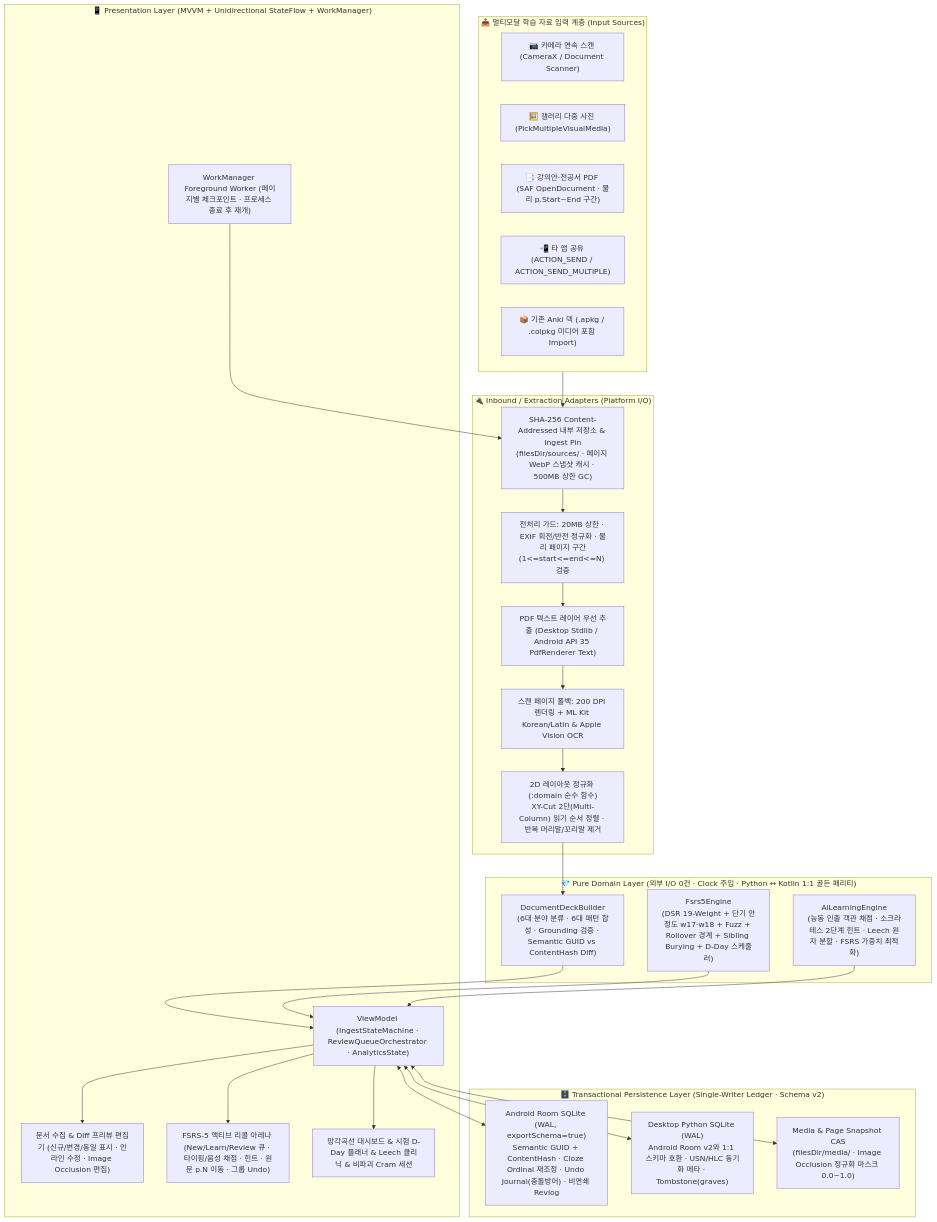
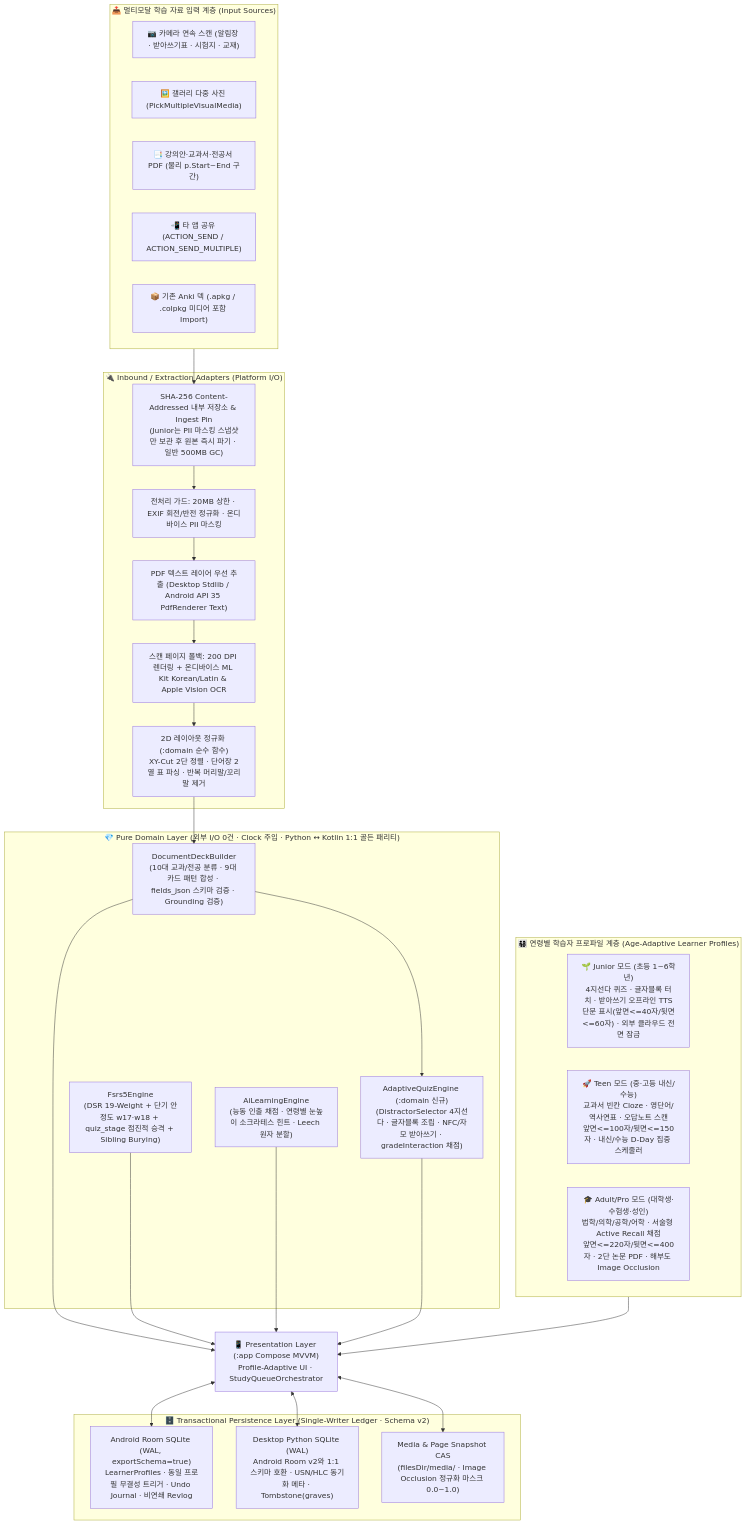
Before and after one commit to ssacho3-blip/BrainDeck: the diagram in docs/ARCHITECTURE_AND_FEATURE_BLUEPRINT.md, drawn with Mermaid. The commit also changed other lines of this file, not shown here.

Commit message:
docs(blueprint): upgrade master blueprint to v2.2 Final for All-Ages (Junior/Teen/Adult)

````diff
--- a/docs/ARCHITECTURE_AND_FEATURE_BLUEPRINT.md
+++ b/docs/ARCHITECTURE_AND_FEATURE_BLUEPRINT.md
@@ -12,46 +12,43 @@
 ```mermaid
 flowchart TB
+    subgraph Profiles["👨‍👩‍👧‍👦 연령별 학습자 프로파일 계층 (Age-Adaptive Learner Profiles)"]
+        P_JR["🌱 Junior 모드 (초등 1~6학년)\n4지선다 퀴즈 · 글자블록 터치 · 받아쓰기 오프라인 TTS\n단문 표시(앞면<=40자/뒷면<=60자) · 외부 클라우드 전면 잠금"]
+        P_TN["🚀 Teen 모드 (중·고등 내신/수능)\n교과서 빈칸 Cloze · 영단어/역사연표 · 오답노트 스캔\n앞면<=100자/뒷면<=150자 · 내신/수능 D-Day 집중 스케줄러"]
+        P_AD["🎓 Adult/Pro 모드 (대학생·수험생·성인)\n법학/의학/공학/어학 · 서술형 Active Recall 채점\n앞면<=220자/뒷면<=400자 · 2단 논문 PDF · 해부도 Image Occlusion"]
+    end
+
     subgraph Inputs["📥 멀티모달 학습 자료 입력 계층 (Input Sources)"]
-        CAM["📷 카메라 연속 스캔 (CameraX / Document Scanner)"]
+        CAM["📷 카메라 연속 스캔 (알림장 · 받아쓰기표 · 시험지 · 교재)"]
         GAL["🖼️ 갤러리 다중 사진 (PickMultipleVisualMedia)"]
-        PDF["📑 강의안·전공서 PDF (SAF OpenDocument · 물리 p.Start~End 구간)"]
+        PDF["📑 강의안·교과서·전공서 PDF (물리 p.Start~End 구간)"]
         SHARE["📲 타 앱 공유 (ACTION_SEND / ACTION_SEND_MULTIPLE)"]
         APKG["📦 기존 Anki 덱 (.apkg / .colpkg 미디어 포함 Import)"]
     end
 
     subgraph Adapters_In["🔌 Inbound / Extraction Adapters (Platform I/O)"]
-        CAS["SHA-256 Content-Addressed 내부 저장소 & Ingest Pin\n(filesDir/sources/<sha256> · 페이지 WebP 스냅샷 캐시 · 500MB 상한 GC)"]
-        PRE["전처리 가드: 20MB 상한 · EXIF 회전/반전 정규화 · 물리 페이지 구간(1<=start<=end<=N) 검증"]
+        CAS["SHA-256 Content-Addressed 내부 저장소 & Ingest Pin\n(Junior는 PII 마스킹 스냅샷만 보관 후 원본 즉시 파기 · 일반 500MB GC)"]
+        PRE["전처리 가드: 20MB 상한 · EXIF 회전/반전 정규화 · 온디바이스 PII 마스킹"]
         TEXT_FIRST["PDF 텍스트 레이어 우선 추출 (Desktop Stdlib / Android API 35 PdfRenderer Text)"]
-        OCR_FALLBACK["스캔 페이지 폴백: 200 DPI 렌더링 + ML Kit Korean/Latin & Apple Vision OCR"]
-        LAYOUT["2D 레이아웃 정규화 (:domain 순수 함수)\nXY-Cut 2단(Multi-Column) 읽기 순서 정렬 · 반복 머리말/꼬리말 제거"]
+        OCR_FALLBACK["스캔 페이지 폴백: 200 DPI 렌더링 + 온디바이스 ML Kit Korean/Latin & Apple Vision OCR"]
+        LAYOUT["2D 레이아웃 정규화 (:domain 순수 함수)\nXY-Cut 2단 정렬 · 단어장 2열 표 파싱 · 반복 머리말/꼬리말 제거"]
     end
 
     subgraph Pure_Domain["💎 Pure Domain Layer (외부 I/O 0건 · Clock 주입 · Python ↔ Kotlin 1:1 골든 패리티)"]
-        DDB["DocumentDeckBuilder\n(6대 분야 분류 · 6대 패턴 합성 · Grounding 검증 · Semantic GUID vs ContentHash Diff)"]
-        FSRS["Fsrs5Engine\n(DSR 19-Weight + 단기 안정도 w17·w18 + Fuzz + Rollover 경계 + Sibling Burying + D-Day 스케줄러)"]
-        AI_DOM["AiLearningEngine\n(능동 인출 객관 채점 · 소크라테스 2단계 힌트 · Leech 원자 분할 · FSRS 가중치 최적화)"]
+        DDB["DocumentDeckBuilder\n(10대 교과/전공 분류 · 9대 카드 패턴 합성 · fields_json 스키마 검증 · Grounding 검증)"]
+        QUIZ["AdaptiveQuizEngine (:domain 신규)\n(DistractorSelector 4지선다 · 글자블록 조립 · NFC/자모 받아쓰기 · gradeInteraction 채점)"]
+        FSRS["Fsrs5Engine\n(DSR 19-Weight + 단기 안정도 w17·w18 + quiz_stage 점진적 승격 + Sibling Burying)"]
+        AI_DOM["AiLearningEngine\n(능동 인출 채점 · 연령별 눈높이 소크라테스 힌트 · Leech 원자 분할)"]
     end
 
     subgraph Storage["🗄️ Transactional Persistence Layer (Single-Writer Ledger · Schema v2)"]
-        ROOM["Android Room SQLite (WAL, exportSchema=true)\nSemantic GUID + ContentHash · Cloze Ordinal 재조정 · Undo Journal(충돌방어) · 비연쇄 Revlog"]
+        ROOM["Android Room SQLite (WAL, exportSchema=true)\nLearnerProfiles · 동일 프로필 무결성 트리거 · Undo Journal · 비연쇄 Revlog"]
         SQLITE["Desktop Python SQLite (WAL)\nAndroid Room v2와 1:1 스키마 호환 · USN/HLC 동기화 메타 · Tombstone(graves)"]
         MEDIA["Media & Page Snapshot CAS\n(filesDir/media/<sha256> · Image Occlusion 정규화 마스크 0.0~1.0)"]
     end
 
-    subgraph UI_MVVM["📱 Presentation Layer (MVVM + Unidirectional StateFlow + WorkManager)"]
-        WM["WorkManager Foreground Worker (페이지별 체크포인트 · 프로세스 종료 후 재개)"]
-        VM["ViewModel (IngestStateMachine · ReviewQueueOrchestrator · AnalyticsState)"]
-        VIEW_INGEST["문서 수집 & Diff 프리뷰 편집기 (신규/변경/동일 표시 · 인라인 수정 · Image Occlusion 편집)"]
-        VIEW_REVIEW["FSRS-5 액티브 리콜 아레나 (New/Learn/Review 큐 · 타이핑/음성 채점 · 힌트 · 원문 p.N 이동 · 그룹 Undo)"]
-        VIEW_DASH["망각곡선 대시보드 & 시험 D-Day 플래너 & Leech 클리닉 & 비파괴 Cram 세션"]
-    end
-
+    Profiles --> VM["📱 Presentation Layer (:app Compose MVVM)\nProfile-Adaptive UI · StudyQueueOrchestrator"]
     Inputs --> CAS --> PRE --> TEXT_FIRST --> OCR_FALLBACK --> LAYOUT --> DDB
-    WM --> CAS
-    DDB --> VM
-    FSRS --> VM
-    AI_DOM --> VM
+    DDB --> QUIZ & VM
+    FSRS & AI_DOM & QUIZ --> VM
     VM <--> ROOM & SQLITE & MEDIA
-    VM --> VIEW_INGEST & VIEW_REVIEW & VIEW_DASH
 ```
````
